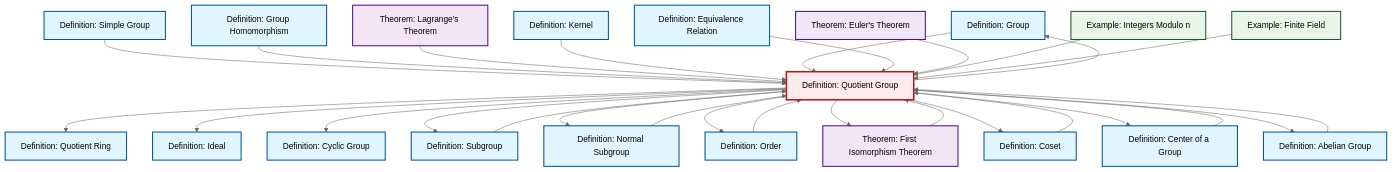
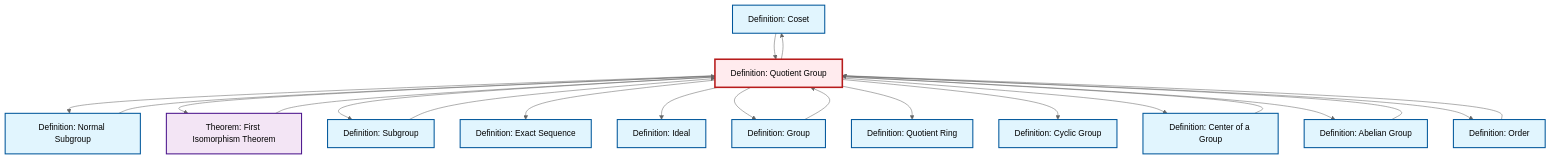
Before and after one commit to RK0429/ModernMath: the diagram in content/ja/algebra/def-quotient-group.qmd, drawn with Mermaid (neutral theme). The commit also changed other lines of this file and 654 other files, not shown here.

First line of the commit message:
fix: Update cross-references to equivalence relation in quotient ring definitions

````diff
--- a/content/ja/algebra/def-quotient-group.qmd
+++ b/content/ja/algebra/def-quotient-group.qmd
@@ -147,76 +148,55 @@
 ```{mermaid}
 %%| fig-cap: "Local dependency graph"
 graph TD
     classDef definition fill:#e1f5fe,stroke:#01579b,stroke-width:2px
     classDef theorem fill:#f3e5f5,stroke:#4a148c,stroke-width:2px
     classDef axiom fill:#fff3e0,stroke:#e65100,stroke-width:2px
     classDef example fill:#e8f5e9,stroke:#1b5e20,stroke-width:2px
     classDef current fill:#ffebee,stroke:#b71c1c,stroke-width:3px
+    def-coset["Definition: Coset"]:::definition
+    def-cyclic-group["Definition: Cyclic Group"]:::definition
+    def-quotient-ring["Definition: Quotient Ring"]:::definition
+    thm-first-isomorphism["Theorem: First Isomorphism Theorem"]:::theorem
     def-group["Definition: Group"]:::definition
-    def-equivalence-relation["Definition: Equivalence Relation"]:::definition
-    def-kernel["Definition: Kernel"]:::definition
+    def-center-of-group["Definition: Center of a Group"]:::definition
+    def-order["Definition: Order"]:::definition
+    def-quotient-group["Definition: Quotient Group"]:::definition
+    def-subgroup["Definition: Subgroup"]:::definition
+    def-ideal["Definition: Ideal"]:::definition
+    def-normal-subgroup["Definition: Normal Subgroup"]:::definition
     def-abelian-group["Definition: Abelian Group"]:::definition
-    def-center-of-group["Definition: Center of a Group"]:::definition
-    def-quotient-group["Definition: Quotient Group"]:::definition
-    thm-euler["Theorem: Euler's Theorem"]:::theorem
-    def-subgroup["Definition: Subgroup"]:::definition
-    def-cyclic-group["Definition: Cyclic Group"]:::definition
-    def-normal-subgroup["Definition: Normal Subgroup"]:::definition
-    ex-finite-field["Example: Finite Field"]:::example
-    def-ideal["Definition: Ideal"]:::definition
-    def-quotient-ring["Definition: Quotient Ring"]:::definition
-    thm-lagrange["Theorem: Lagrange's Theorem"]:::theorem
-    def-simple-group["Definition: Simple Group"]:::definition
-    def-order["Definition: Order"]:::definition
-    ex-quotient-integers-mod-n["Example: Integers Modulo n"]:::example
-    def-homomorphism["Definition: Group Homomorphism"]:::definition
-    def-coset["Definition: Coset"]:::definition
-    thm-first-isomorphism["Theorem: First Isomorphism Theorem"]:::theorem
-    def-simple-group --> def-quotient-group
+    def-exact-sequence["Definition: Exact Sequence"]:::definition
+    def-quotient-group --> def-normal-subgroup
+    def-subgroup --> def-quotient-group
+    def-quotient-group --> thm-first-isomorphism
+    def-quotient-group --> def-subgroup
+    def-abelian-group --> def-quotient-group
+    def-quotient-group --> def-exact-sequence
+    def-quotient-group --> def-ideal
+    thm-first-isomorphism --> def-quotient-group
+    def-quotient-group --> def-group
     def-quotient-group --> def-quotient-ring
-    def-quotient-group --> def-ideal
+    def-coset --> def-quotient-group
+    def-center-of-group --> def-quotient-group
     def-quotient-group --> def-cyclic-group
-    def-homomorphism --> def-quotient-group
-    thm-lagrange --> def-quotient-group
-    def-kernel --> def-quotient-group
-    def-subgroup --> def-quotient-group
-    def-quotient-group --> def-group
-    def-coset --> def-quotient-group
-    def-quotient-group --> def-subgroup
-    def-quotient-group --> def-normal-subgroup
+    def-order --> def-quotient-group
+    def-quotient-group --> def-center-of-group
+    def-quotient-group --> def-coset
+    def-quotient-group --> def-abelian-group
+    def-quotient-group --> def-order
     def-group --> def-quotient-group
-    def-quotient-group --> def-order
-    def-equivalence-relation --> def-quotient-group
-    def-quotient-group --> thm-first-isomorphism
     def-normal-subgroup --> def-quotient-group
-    thm-euler --> def-quotient-group
-    def-quotient-group --> def-coset
-    ex-quotient-integers-mod-n --> def-quotient-group
-    def-quotient-group --> def-center-of-group
-    ex-finite-field --> def-quotient-group
-    thm-first-isomorphism --> def-quotient-group
-    def-center-of-group --> def-quotient-group
-    def-abelian-group --> def-quotient-group
-    def-quotient-group --> def-abelian-group
-    def-order --> def-quotient-group
     class def-quotient-group current
+    click def-coset "def-coset.html" "Definition: Cosetへ"
+    click def-cyclic-group "def-cyclic-group.html" "Definition: Cyclic Groupへ"
+    click def-quotient-ring "def-quotient-ring.html" "Definition: Quotient Ringへ"
+    click thm-first-isomorphism "thm-first-isomorphism.html" "Theorem: First Isomorphism Theoremへ"
     click def-group "def-group.html" "Definition: Groupへ"
-    click def-equivalence-relation "def-equivalence-relation.html" "Definition: Equivalence Relationへ"
-    click def-kernel "def-kernel.html" "Definition: Kernelへ"
+    click def-center-of-group "def-center-of-group.html" "Definition: Center of a Groupへ"
+    click def-order "def-order.html" "Definition: Orderへ"
+    click def-subgroup "def-subgroup.html" "Definition: Subgroupへ"
+    click def-ideal "def-ideal.html" "Definition: Idealへ"
+    click def-normal-subgroup "def-normal-subgroup.html" "Definition: Normal Subgroupへ"
     click def-abelian-group "def-abelian-group.html" "Definition: Abelian Groupへ"
-    click def-center-of-group "def-center-of-group.html" "Definition: Center of a Groupへ"
-    click thm-euler "thm-euler.html" "Theorem: Euler's Theoremへ"
-    click def-subgroup "def-subgroup.html" "Definition: Subgroupへ"
-    click def-cyclic-group "def-cyclic-group.html" "Definition: Cyclic Groupへ"
-    click def-normal-subgroup "def-normal-subgroup.html" "Definition: Normal Subgroupへ"
-    click ex-finite-field "ex-finite-field.html" "Example: Finite Fieldへ"
-    click def-ideal "def-ideal.html" "Definition: Idealへ"
-    click def-quotient-ring "def-quotient-ring.html" "Definition: Quotient Ringへ"
-    click thm-lagrange "thm-lagrange.html" "Theorem: Lagrange's Theoremへ"
-    click def-simple-group "def-simple-group.html" "Definition: Simple Groupへ"
-    click def-order "def-order.html" "Definition: Orderへ"
-    click ex-quotient-integers-mod-n "ex-quotient-integers-mod-n.html" "Example: Integers Modulo nへ"
-    click def-homomorphism "def-homomorphism.html" "Definition: Group Homomorphismへ"
-    click def-coset "def-coset.html" "Definition: Cosetへ"
-    click thm-first-isomorphism "thm-first-isomorphism.html" "Theorem: First Isomorphism Theoremへ"
+    click def-exact-sequence "def-exact-sequence.html" "Definition: Exact Sequenceへ"
 ```
````
